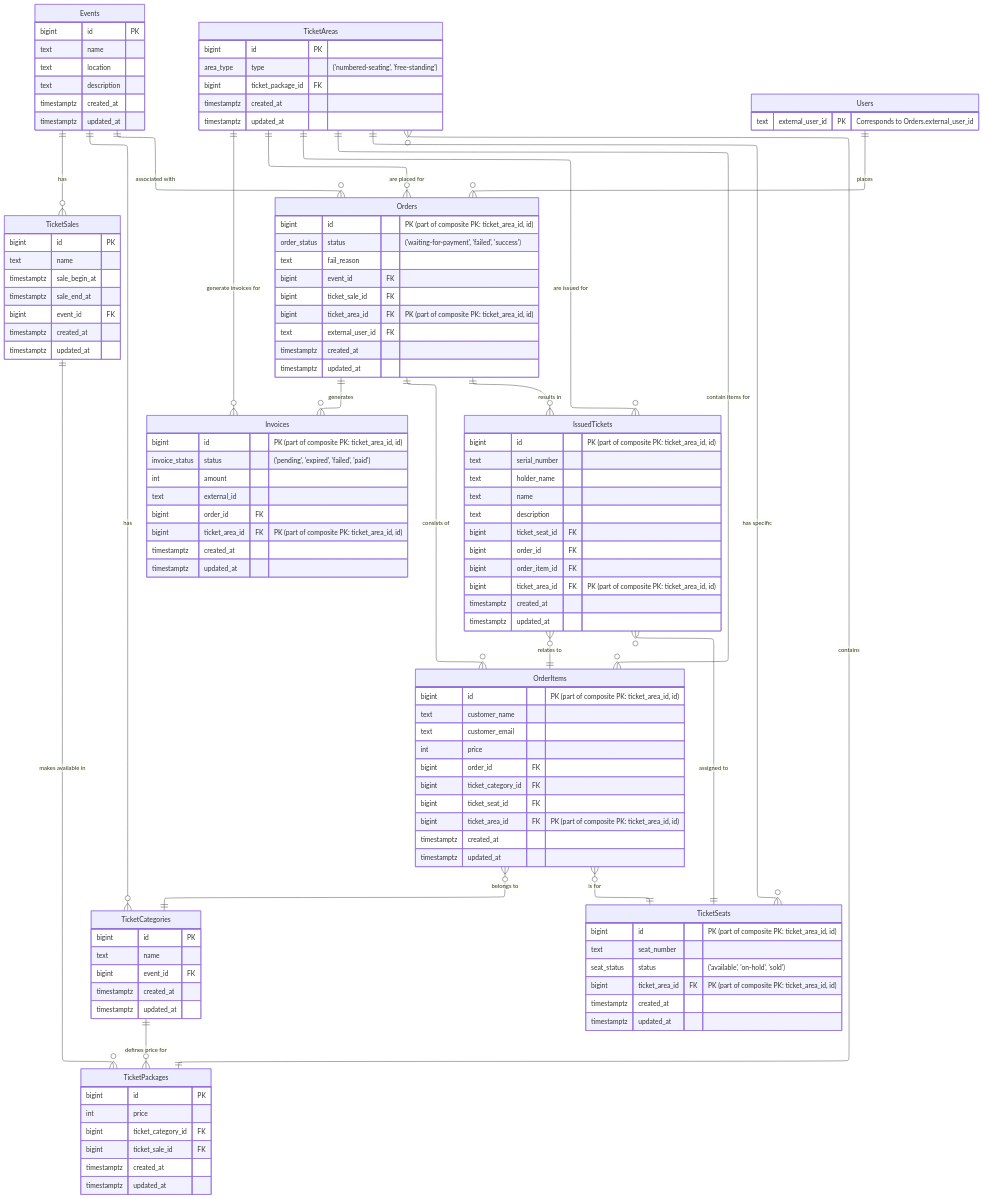
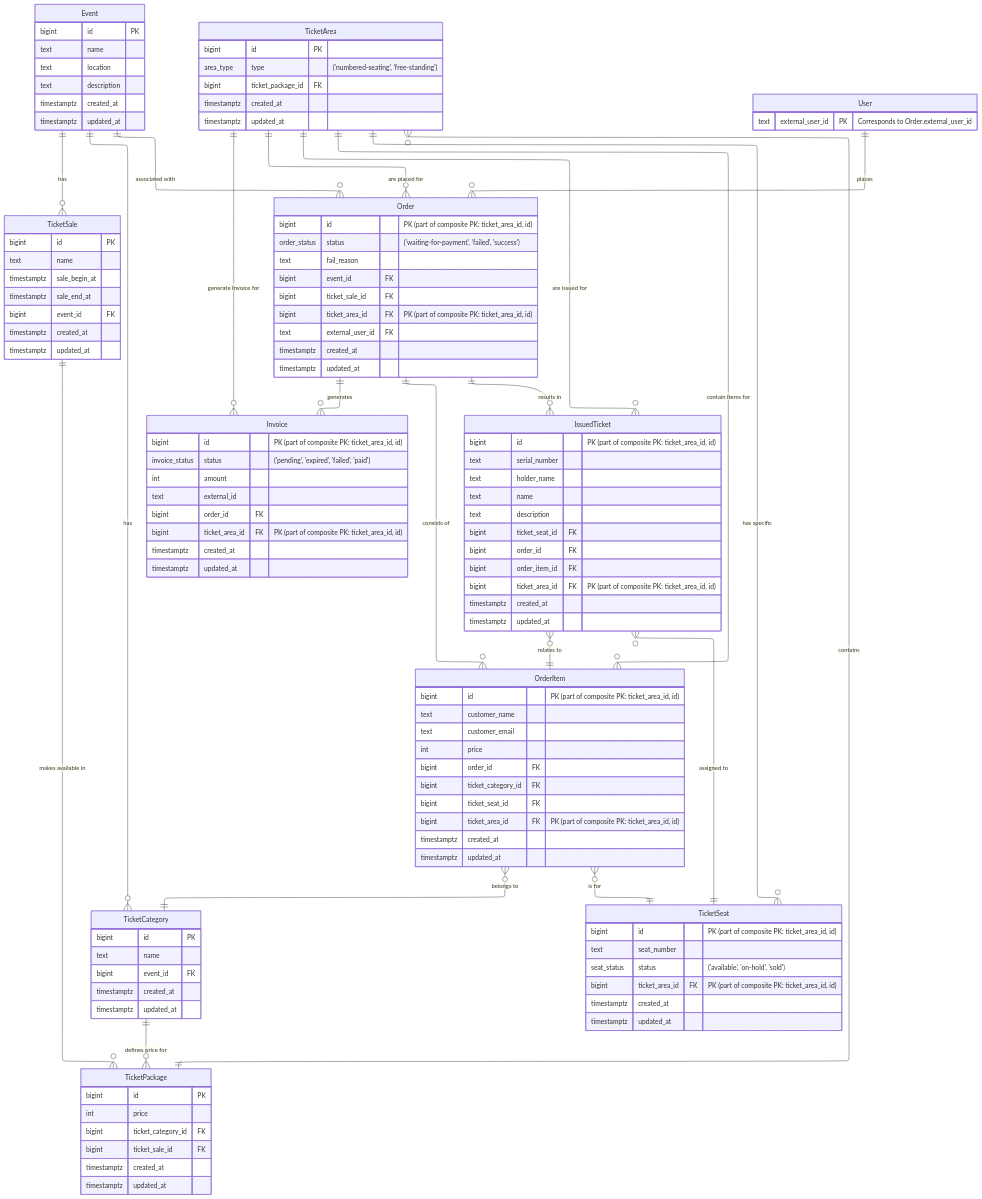
One commit to akbarmridho/tugas-akhir changed the diagram in document/src/resources/chapter-3/erd.mmd. Above: the diagram before and after it, drawn with Mermaid. The commit also changed 16 other files, not shown here.

```diff
--- a/document/src/resources/chapter-3/erd.mmd
+++ b/document/src/resources/chapter-3/erd.mmd
@@ -1,121 +1,121 @@
 ---
 config:
   layout: elk
   theme: default
 ---
 erDiagram
-    Events {
+    Event {
         bigint id PK
         text name
         text location
         text description
         timestamptz created_at
         timestamptz updated_at
     }
-    TicketCategories {
+    TicketCategory {
         bigint id PK
         text name
         bigint event_id FK
         timestamptz created_at
         timestamptz updated_at
     }
-    TicketSales {
+    TicketSale {
         bigint id PK
         text name
         timestamptz sale_begin_at
         timestamptz sale_end_at
         bigint event_id FK
         timestamptz created_at
         timestamptz updated_at
     }
-    TicketPackages {
+    TicketPackage {
         bigint id PK
         int price
         bigint ticket_category_id FK
         bigint ticket_sale_id FK
         timestamptz created_at
         timestamptz updated_at
     }
-    TicketAreas {
+    TicketArea {
         bigint id PK
         area_type type "('numbered-seating', 'free-standing')"
         bigint ticket_package_id FK
         timestamptz created_at
         timestamptz updated_at
     }
-    TicketSeats {
+    TicketSeat {
         bigint id "PK (part of composite PK: ticket_area_id, id)"
         text seat_number
         seat_status status "('available', 'on-hold', 'sold')"
         bigint ticket_area_id FK "PK (part of composite PK: ticket_area_id, id)"
         timestamptz created_at
         timestamptz updated_at
     }
-    Users {
-        text external_user_id PK "Corresponds to Orders.external_user_id"
+    User {
+        text external_user_id PK "Corresponds to Order.external_user_id"
     }
-    Orders {
+    Order {
         bigint id "PK (part of composite PK: ticket_area_id, id)"
         order_status status "('waiting-for-payment', 'failed', 'success')"
         text fail_reason
         bigint event_id FK
         bigint ticket_sale_id FK
         bigint ticket_area_id FK "PK (part of composite PK: ticket_area_id, id)"
         text external_user_id FK
         timestamptz created_at
         timestamptz updated_at
     }
-    OrderItems {
+    OrderItem {
         bigint id "PK (part of composite PK: ticket_area_id, id)"
         text customer_name
         text customer_email
         int price
         bigint order_id FK
         bigint ticket_category_id FK
         bigint ticket_seat_id FK
         bigint ticket_area_id FK "PK (part of composite PK: ticket_area_id, id)"
         timestamptz created_at
         timestamptz updated_at
     }
-    Invoices {
+    Invoice {
         bigint id "PK (part of composite PK: ticket_area_id, id)"
         invoice_status status "('pending', 'expired', 'failed', 'paid')"
         int amount
         text external_id
         bigint order_id FK
         bigint ticket_area_id FK "PK (part of composite PK: ticket_area_id, id)"
         timestamptz created_at
         timestamptz updated_at
     }
-    IssuedTickets {
+    IssuedTicket {
         bigint id "PK (part of composite PK: ticket_area_id, id)"
         text serial_number
         text holder_name
         text name
         text description
         bigint ticket_seat_id FK
         bigint order_id FK
         bigint order_item_id FK
         bigint ticket_area_id FK "PK (part of composite PK: ticket_area_id, id)"
         timestamptz created_at
         timestamptz updated_at
     }
-    Events ||--o{ TicketCategories : "has"
-    Events ||--o{ TicketSales : "has"
-    Events ||--o{ Orders : "associated with"
-    TicketCategories ||--o{ TicketPackages : "defines price for"
-    TicketSales ||--o{ TicketPackages : "makes available in"
-    TicketPackages ||--o{ TicketAreas : "contains"
-    TicketAreas ||--o{ TicketSeats : "has specific"
-    TicketAreas ||--o{ Orders : "are placed for"
-    TicketAreas ||--o{ OrderItems : "contain items for"
-    TicketAreas ||--o{ Invoices : "generate invoices for"
-    TicketAreas ||--o{ IssuedTickets : "are issued for"
-    Users ||--o{ Orders : "places"
-    Orders ||--o{ OrderItems : "consists of"
-    Orders ||--o{ Invoices : "generates"
-    Orders ||--o{ IssuedTickets : "results in"
-    OrderItems }o--|| TicketCategories : "belongs to"
-    OrderItems }o--|| TicketSeats : "is for"
-    IssuedTickets }o--|| OrderItems : "relates to"
-    IssuedTickets }o--|| TicketSeats : "assigned to"
+    Event ||--o{ TicketCategory : "has"
+    Event ||--o{ TicketSale : "has"
+    Event ||--o{ Order : "associated with"
+    TicketCategory ||--o{ TicketPackage : "defines price for"
+    TicketSale ||--o{ TicketPackage : "makes available in"
+    TicketPackage ||--o{ TicketArea : "contains"
+    TicketArea ||--o{ TicketSeat : "has specific"
+    TicketArea ||--o{ Order : "are placed for"
+    TicketArea ||--o{ OrderItem : "contain items for"
+    TicketArea ||--o{ Invoice : "generate Invoice for"
+    TicketArea ||--o{ IssuedTicket : "are issued for"
+    User ||--o{ Order : "places"
+    Order ||--o{ OrderItem : "consists of"
+    Order ||--o{ Invoice : "generates"
+    Order ||--o{ IssuedTicket : "results in"
+    OrderItem }o--|| TicketCategory : "belongs to"
+    OrderItem }o--|| TicketSeat : "is for"
+    IssuedTicket }o--|| OrderItem : "relates to"
+    IssuedTicket }o--|| TicketSeat : "assigned to"
```
